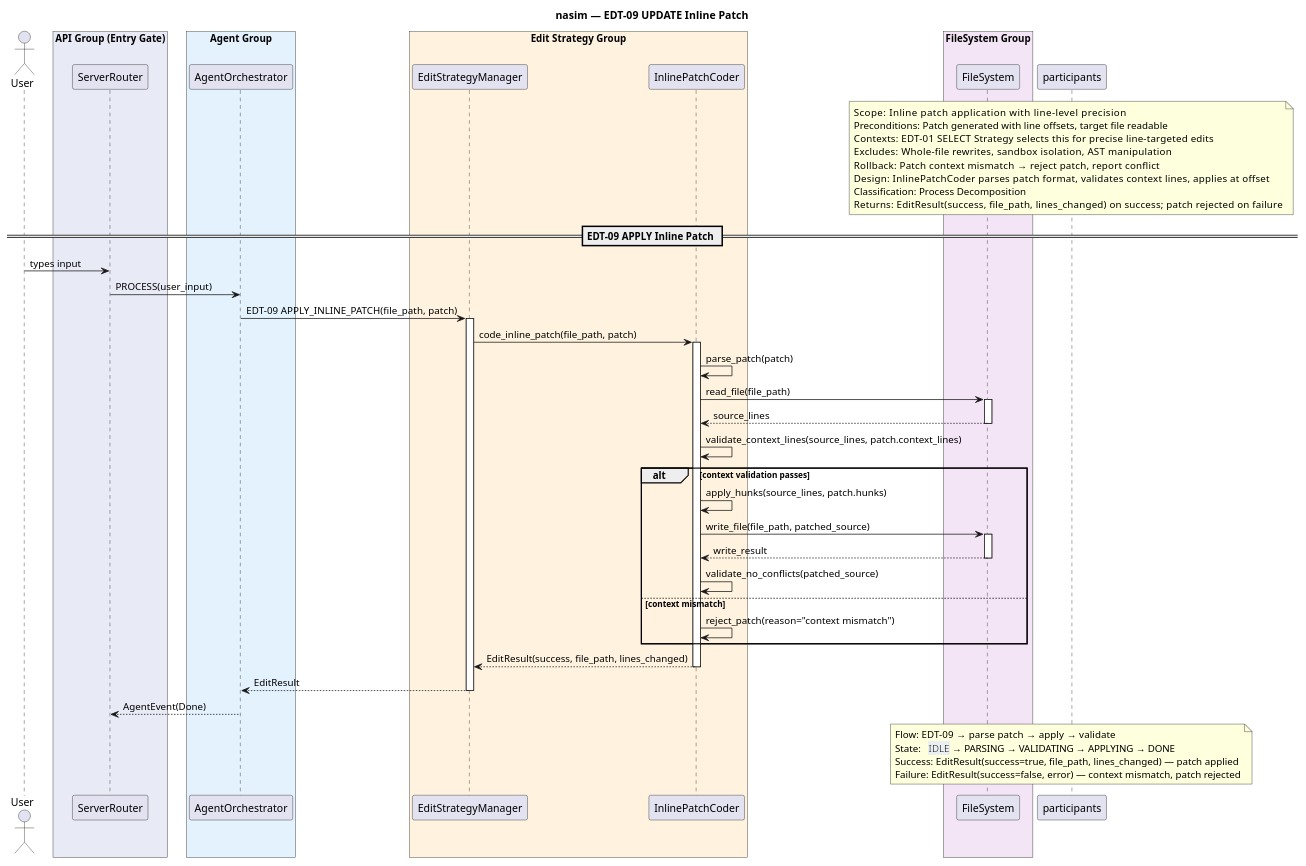
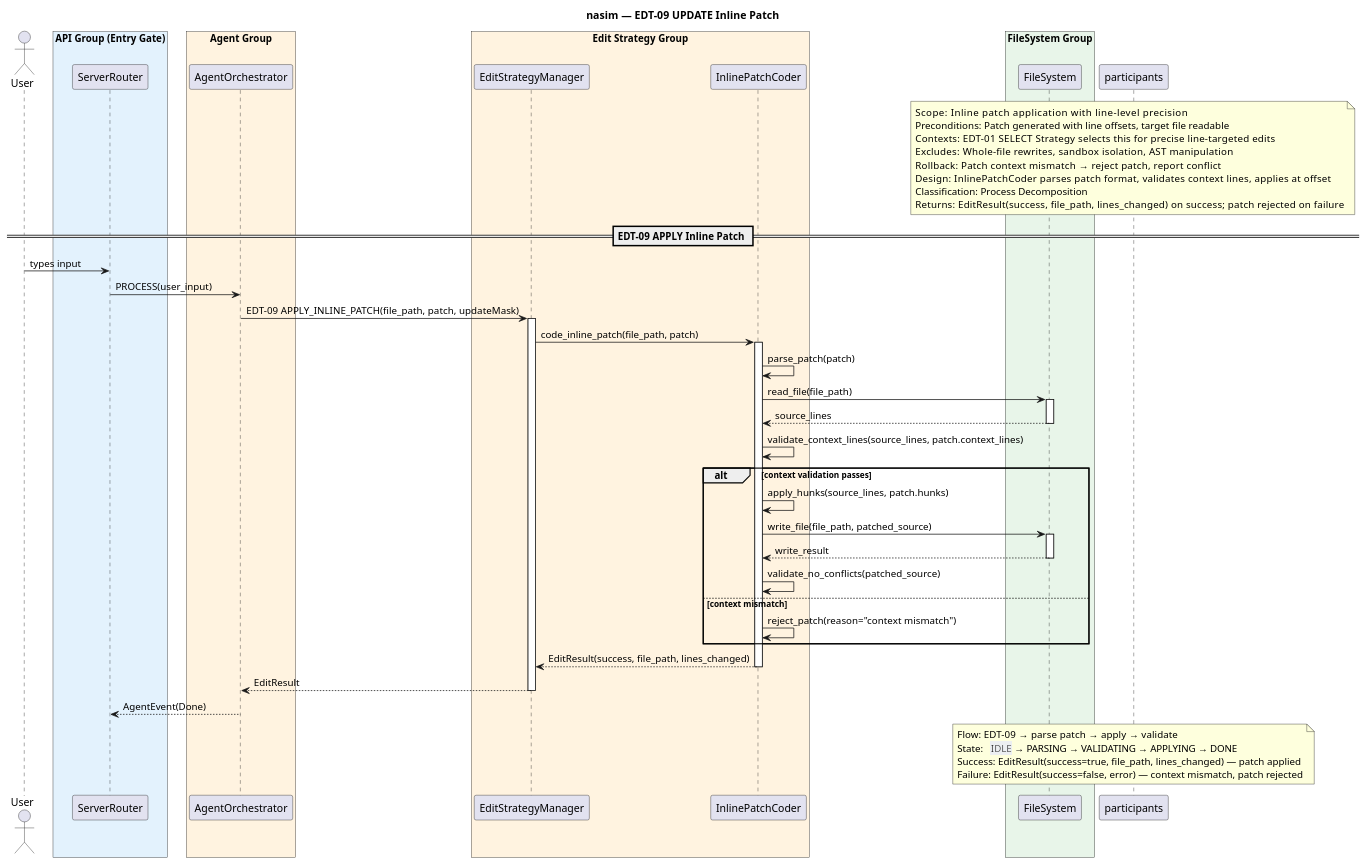
One commit to salimnamvar/nasim changed the diagram in docs/SQ/EDT/sq_edt09_apply_inline_patch.puml. Above: the diagram before and after it, drawn with PlantUML. The commit also changed 193 other files, not shown here.

First line of the commit message:
docs: Add role prompts and documentation for architectural refinement

```diff
--- a/docs/SQ/EDT/sq_edt09_apply_inline_patch.puml
+++ b/docs/SQ/EDT/sq_edt09_apply_inline_patch.puml
@@ -1,89 +1,89 @@
 @startuml sq_edt09_apply_inline_patch
 ' ============================================================
 ' Title:     EDT-09 — APPLY Inline Patch
 ' Boundary:  nasim code agent
 ' Purpose:   Apply inline patch with line-level precision
 ' Milestone: v1.0
 ' Version:   9.1.0
 ' Source:    CAR refinement loop — API-First transformation
 ' Review:    docs/SQ/README.md
 ' ============================================================
 
 title nasim — EDT-09 UPDATE Inline Patch
 
 actor "User" as user
 
-box "API Group (Entry Gate)" #E8EAF6
+box "API Group (Entry Gate)" #E3F2FD
   participant "ServerRouter" as router
 end box
-box "Agent Group" #E3F2FD
+box "Agent Group" #FFF3E0
   participant "AgentOrchestrator" as agent
 end box
 box "Edit Strategy Group" #FFF3E0
   participant "EditStrategyManager" as esm
   participant "InlinePatchCoder" as ipc
 end box
-box "FileSystem Group" #F3E5F5
+box "FileSystem Group" #E8F5E9
   participant "FileSystem" as fs
 end box
 
 note over participants
   Scope:          Inline patch application with line-level precision
   Preconditions:  Patch generated with line offsets, target file readable
   Contexts:       EDT-01 SELECT Strategy selects this for precise line-targeted edits
   Excludes:       Whole-file rewrites, sandbox isolation, AST manipulation
   Rollback:       Patch context mismatch → reject patch, report conflict
   Design:         InlinePatchCoder parses patch format, validates context lines, applies at offset
   Classification: Process Decomposition
   Returns:        EditResult(success, file_path, lines_changed) on success; patch rejected on failure
 end note
 
 == EDT-09 APPLY Inline Patch ==
 
 user -> router : types input
 router -> agent : PROCESS(user_input)
 
-agent -> esm : EDT-09 APPLY_INLINE_PATCH(file_path, patch)
+agent -> esm : EDT-09 APPLY_INLINE_PATCH(file_path, patch, updateMask)
 activate esm
 
 esm -> ipc : code_inline_patch(file_path, patch)
 activate ipc
 
 ipc -> ipc : parse_patch(patch)
 
 ipc -> fs : read_file(file_path)
 activate fs
 fs --> ipc : source_lines
 deactivate fs
 
 ipc -> ipc : validate_context_lines(source_lines, patch.context_lines)
 
 alt context validation passes
     ipc -> ipc : apply_hunks(source_lines, patch.hunks)
 
     ipc -> fs : write_file(file_path, patched_source)
     activate fs
     fs --> ipc : write_result
     deactivate fs
 
     ipc -> ipc : validate_no_conflicts(patched_source)
 else context mismatch
     ipc -> ipc : reject_patch(reason="context mismatch")
 end
 
 ipc --> esm : EditResult(success, file_path, lines_changed)
 deactivate ipc
 
 esm --> agent : EditResult
 deactivate esm
 
 agent --> router : AgentEvent(Done)
 
 note over participants
   Flow:    EDT-09 → parse patch → apply → validate
   State:   <back:#ECEFF1>IDLE</back> → PARSING → VALIDATING → APPLYING → DONE
   Success: EditResult(success=true, file_path, lines_changed) — patch applied
   Failure: EditResult(success=false, error) — context mismatch, patch rejected
 end note
 
 @enduml
```
